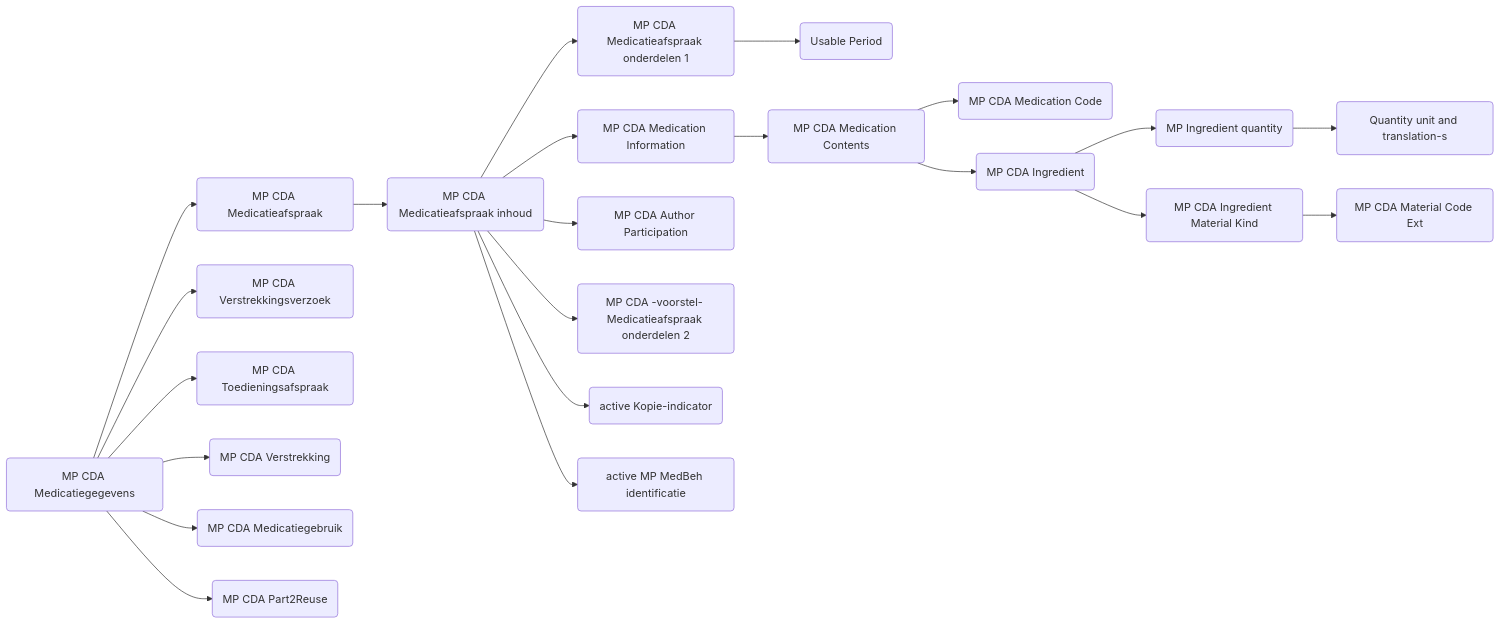
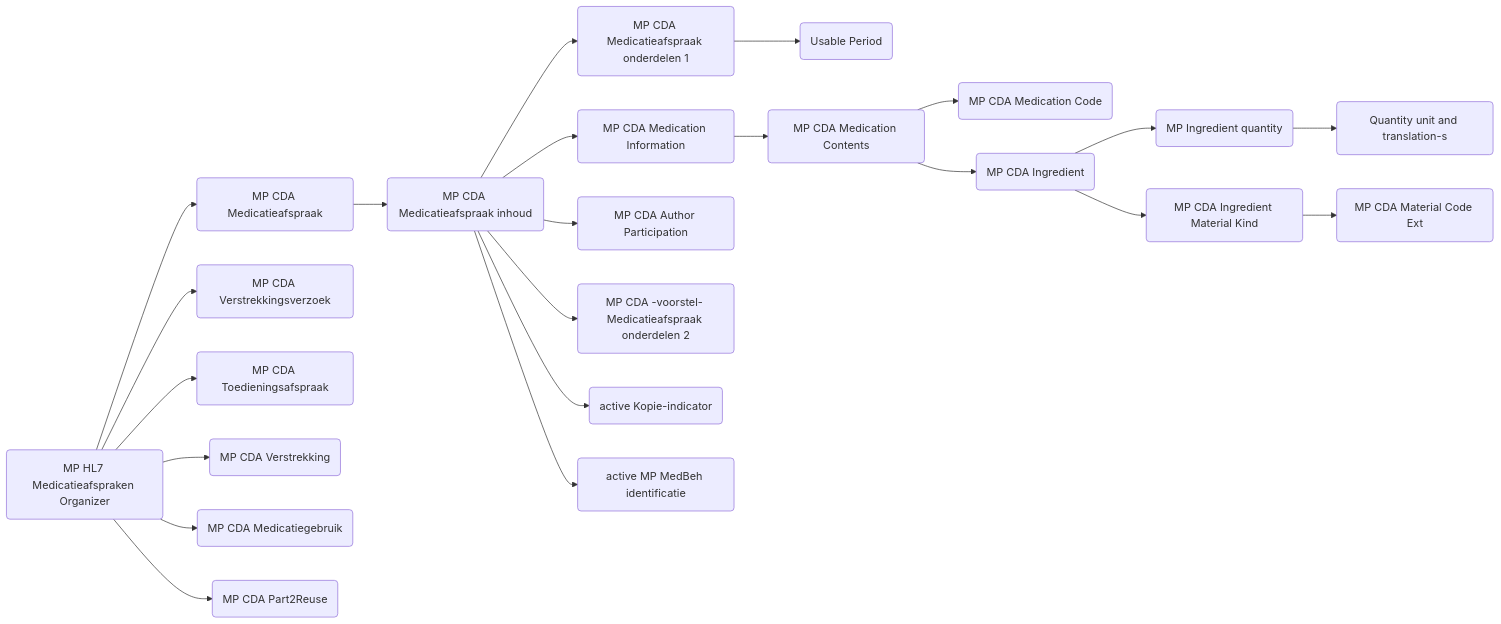
The second of 2 diagrams in Medication2.md (Duometis/overbrugging), drawn with Mermaid before and after one commit.

Commit message:
Update medication references from CDA to HL7

````diff
--- a/Medication2.md
+++ b/Medication2.md
@@ -29,24 +29,24 @@
 ```mermaid
 flowchart LR
 1(MP HL7 Medicatieafspraken Organizer) --> 2(MP CDA Medicatieafspraak)
 2(MP CDA Medicatieafspraak) --> 3(MP CDA Medicatieafspraak inhoud)
 3(MP CDA Medicatieafspraak inhoud) --> 11(MP CDA Medicatieafspraak onderdelen 1)
 11(MP CDA Medicatieafspraak onderdelen 1) --> 21(Usable Period)
 3(MP CDA Medicatieafspraak inhoud) --> 12(MP CDA Medication Information)
 12(MP CDA Medication Information) --> 31(MP CDA Medication Contents)
 31(MP CDA Medication Contents) --> 41(MP CDA Medication Code)
 31(MP CDA Medication Contents) --> 42(MP CDA Ingredient)
 42(MP CDA Ingredient) --> 51(MP Ingredient quantity)
 42(MP CDA Ingredient) --> 81(MP CDA Ingredient Material Kind)
 81(MP CDA Ingredient Material Kind) --> 91(MP CDA Material Code Ext)
 51(MP Ingredient quantity) --> 61(Quantity unit and translation-s)
 3(MP CDA Medicatieafspraak inhoud) --> 13(MP CDA Author Participation)
 3(MP CDA Medicatieafspraak inhoud) --> 14(MP CDA -voorstel- Medicatieafspraak onderdelen 2)
 3(MP CDA Medicatieafspraak inhoud) --> 15(active Kopie-indicator)
 3(MP CDA Medicatieafspraak inhoud) --> 16(active MP MedBeh identificatie)
-1(MP CDA Medicatiegegevens) --> 4(MP CDA Verstrekkingsverzoek)
-1(MP CDA Medicatiegegevens) --> 5(MP CDA Toedieningsafspraak)
-1(MP CDA Medicatiegegevens) --> 6(MP CDA Verstrekking)
-1(MP CDA Medicatiegegevens) --> 7(MP CDA Medicatiegebruik)
-1(MP CDA Medicatiegegevens) --> 8(MP CDA Part2Reuse) 
+1(MP HL7 Medicatieafspraken Organizer) --> 4(MP CDA Verstrekkingsverzoek)
+1(MP HL7 Medicatieafspraken Organizer) --> 5(MP CDA Toedieningsafspraak)
+1(MP HL7 Medicatieafspraken Organizer) --> 6(MP CDA Verstrekking)
+1(MP HL7 Medicatieafspraken Organizer) --> 7(MP CDA Medicatiegebruik)
+1(MP HL7 Medicatieafspraken Organizer) --> 8(MP CDA Part2Reuse) 
 ```
````
